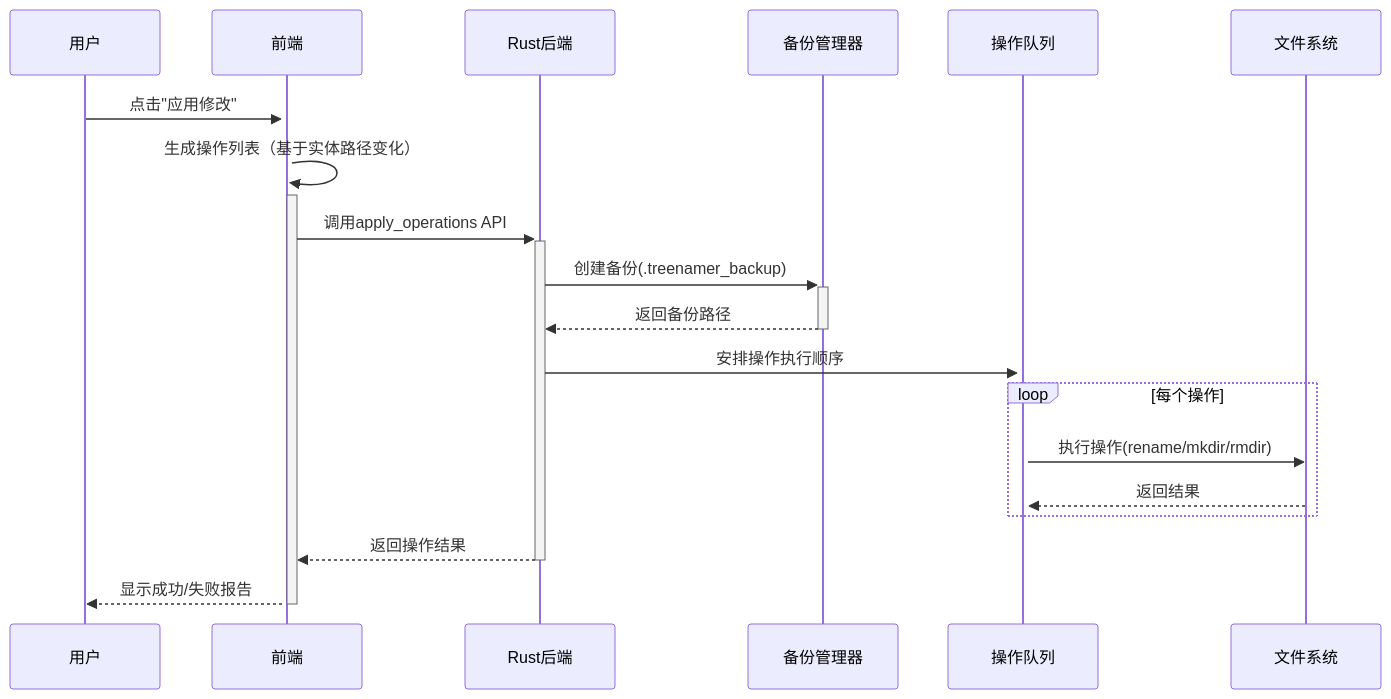
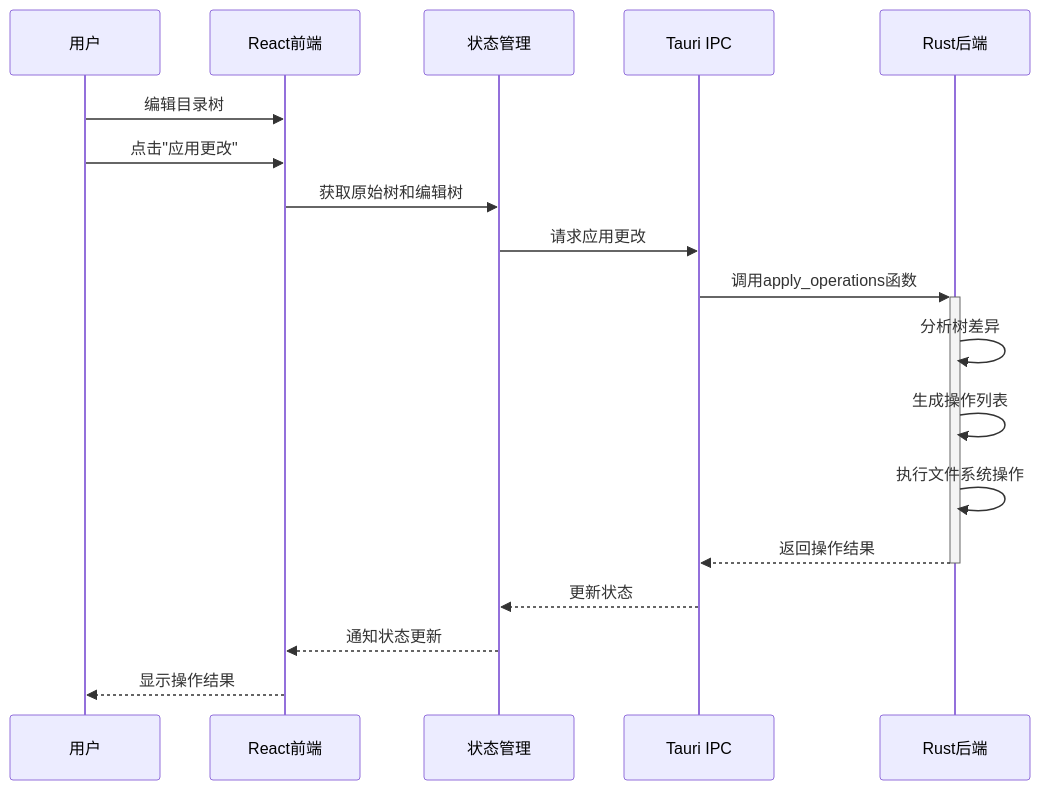
Before and after one commit to chess99/TreeNamer: the first of 4 diagrams in docs/10-technical-solution-design.md, drawn with Mermaid. The commit also changed other lines of this file and 12 other files, not shown here.

````diff
--- a/docs/10-technical-solution-design.md
+++ b/docs/10-technical-solution-design.md
@@ -225,15 +223,21 @@
 ```mermaid
 sequenceDiagram
-  用户->>+前端: 点击"应用修改"
-  前端->>+前端: 生成操作列表（基于实体路径变化）
-  前端->>+Rust后端: 调用apply_operations API
-  Rust后端->>+备份管理器: 创建备份(.treenamer_backup)
-  备份管理器-->>-Rust后端: 返回备份路径
-  Rust后端->>+操作队列: 安排操作执行顺序
-  loop 每个操作
-    操作队列->>文件系统: 执行操作(rename/mkdir/rmdir)
-    文件系统-->>操作队列: 返回结果
-  end
-  Rust后端-->>-前端: 返回操作结果
-  前端-->>-用户: 显示成功/失败报告
+    participant 用户
+    participant React前端
+    participant 状态管理
+    participant Tauri IPC
+    participant Rust后端
+    
+    用户->>React前端: 编辑目录树
+    用户->>React前端: 点击"应用更改"
+    React前端->>状态管理: 获取原始树和编辑树
+    状态管理->>Tauri IPC: 请求应用更改
+    Tauri IPC->>+Rust后端: 调用apply_operations函数
+    Rust后端->>Rust后端: 分析树差异
+    Rust后端->>Rust后端: 生成操作列表
+    Rust后端->>Rust后端: 执行文件系统操作
+    Rust后端-->>-Tauri IPC: 返回操作结果
+    Tauri IPC-->>状态管理: 更新状态
+    状态管理-->>React前端: 通知状态更新
+    React前端-->>用户: 显示操作结果
 ```
````
